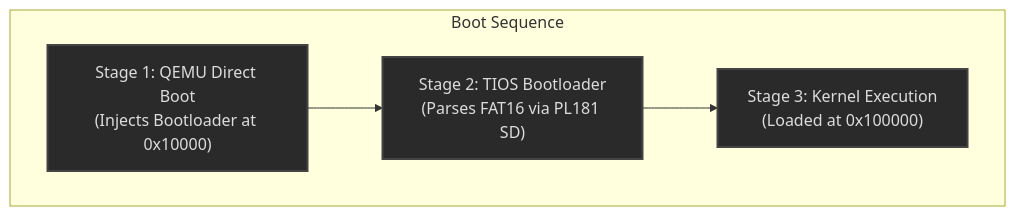
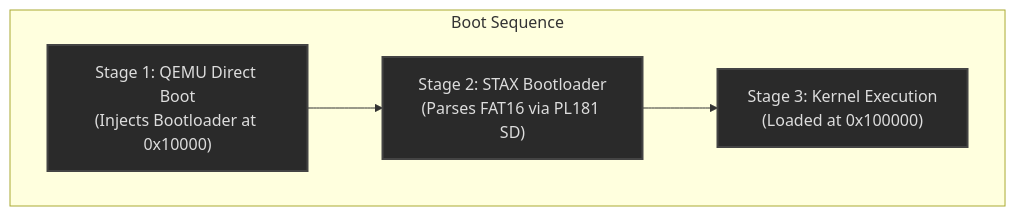
One commit to shadcy/stax changed the first of 2 diagrams in docs/architecture.md. Above: the diagram before and after it, drawn with Mermaid. The commit also changed other lines of this file and 69 other files, not shown here.

````diff
--- a/docs/architecture.md
+++ b/docs/architecture.md
@@ -15,10 +15,10 @@
 ```mermaid
 flowchart TD
     subgraph Booting["Boot Sequence"]
-        QEMU["Stage 1: QEMU Direct Boot<br/>(Injects Bootloader at 0x10000)"] --> BL["Stage 2: TIOS Bootloader<br/>(Parses FAT16 via PL181 SD)"]
+        QEMU["Stage 1: QEMU Direct Boot<br/>(Injects Bootloader at 0x10000)"] --> BL["Stage 2: STAX Bootloader<br/>(Parses FAT16 via PL181 SD)"]
         BL --> KERN["Stage 3: Kernel Execution<br/>(Loaded at 0x100000)"]
     end
 
     classDef boot fill:#2a2a2a,stroke:#444,stroke-width:2px,color:#ddd;
     class QEMU,BL,KERN boot;
 ```
````
